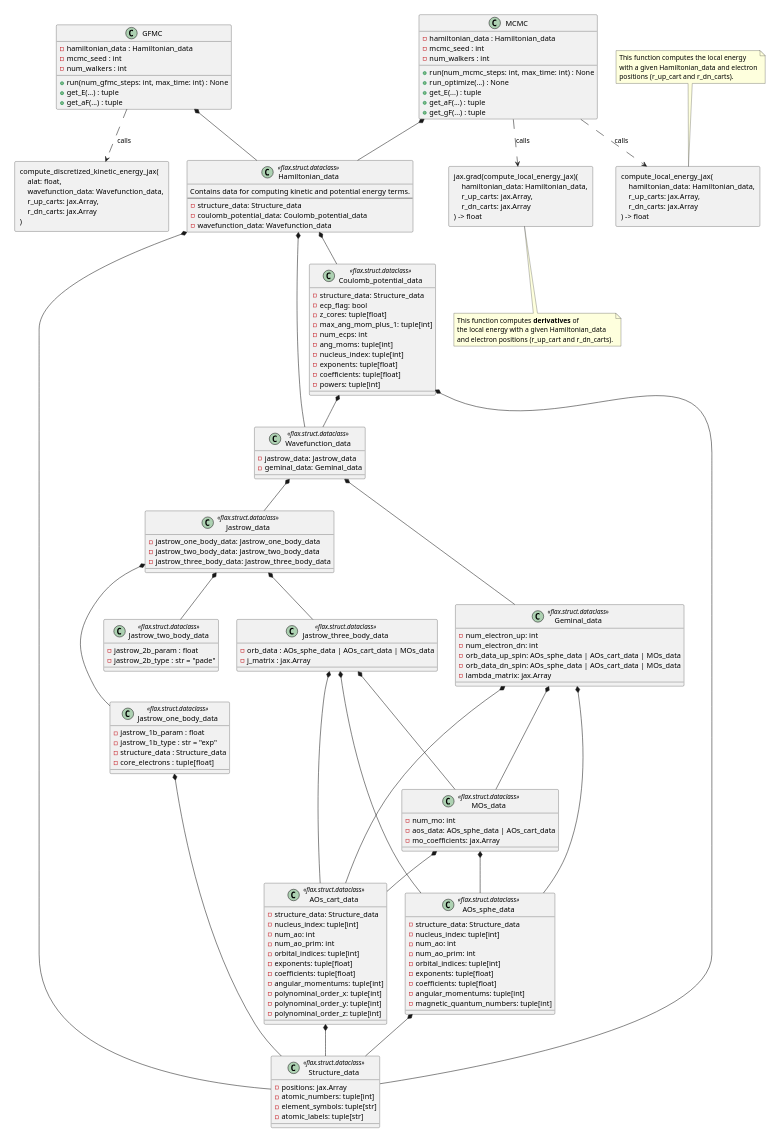
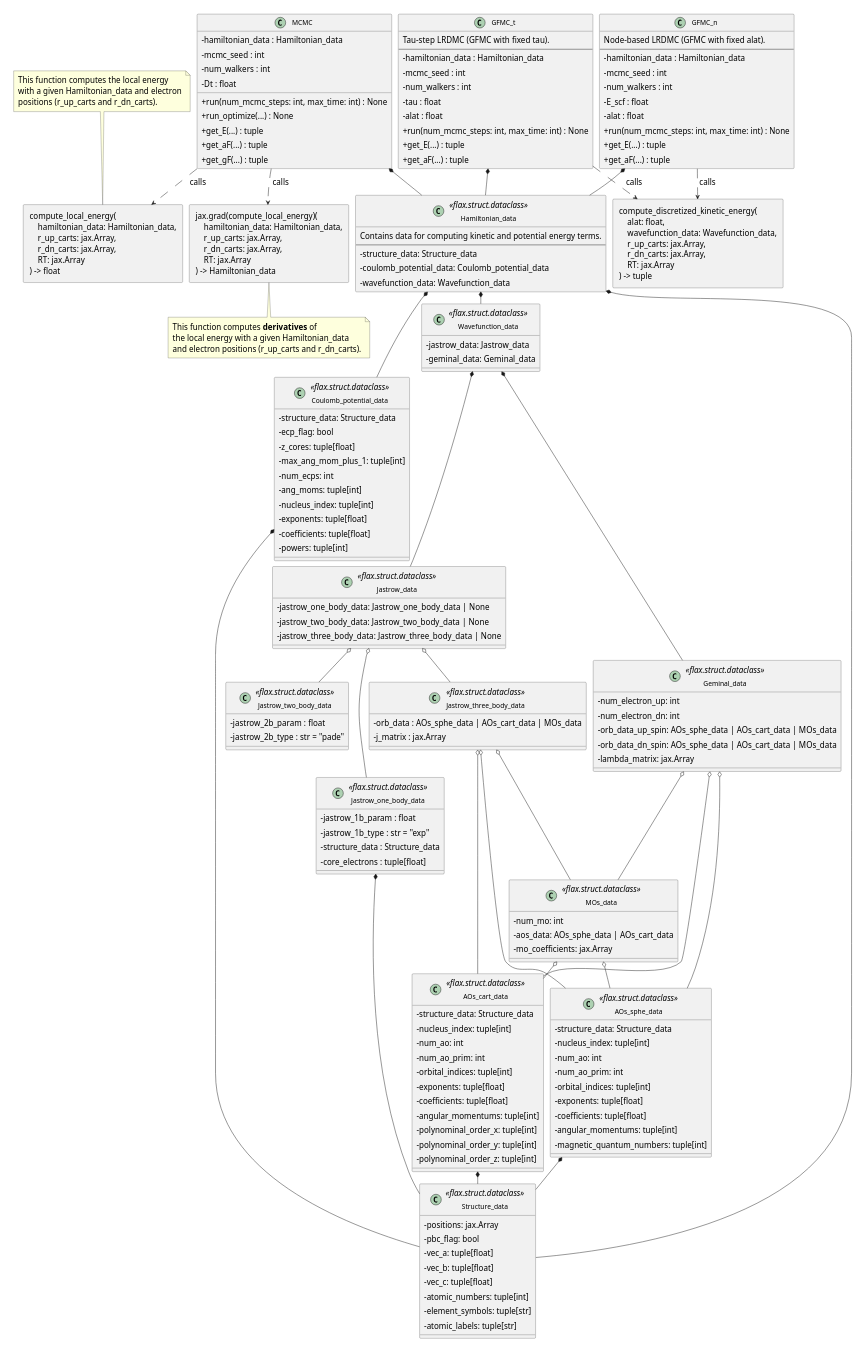
One commit to kousuke-nakano/jQMC changed the diagram in doc/UML.pu. Above: the diagram before and after it, drawn with PlantUML. The commit also changed 1 other file, not shown here.

```diff
--- a/doc/UML.pu
+++ b/doc/UML.pu
@@ -1,9 +1,18 @@
 @startuml uml
 ' size
-scale 595*842
+scale 1200*1000
 
 ' PlantUML configuration
 allowmixing
+top to bottom direction
+
+' Compact layout
+skinparam nodesep 15
+skinparam ranksep 25
+skinparam padding 4
+skinparam classAttributeIconSize 0
+skinparam defaultFontSize 18
+skinparam classFontSize 15
 
 ' Command + Shift + P to toggle the PlantUML export mode
 ' inkscape uml.svg -o uml.pdf
@@ -22,6 +31,10 @@
 
 class Structure_data <<flax.struct.dataclass>> {
     - positions: jax.Array
+    - pbc_flag: bool
+    - vec_a: tuple[float]
+    - vec_b: tuple[float]
+    - vec_c: tuple[float]
     - atomic_numbers: tuple[int]
     - element_symbols: tuple[str]
     - atomic_labels: tuple[str]
@@ -81,9 +94,9 @@
 }
 
 class Jastrow_data <<flax.struct.dataclass>> {
-    - jastrow_one_body_data: Jastrow_one_body_data
-    - jastrow_two_body_data: Jastrow_two_body_data
-    - jastrow_three_body_data: Jastrow_three_body_data
+    - jastrow_one_body_data: Jastrow_one_body_data | None
+    - jastrow_two_body_data: Jastrow_two_body_data | None
+    - jastrow_three_body_data: Jastrow_three_body_data | None
 }
 
 class Wavefunction_data <<flax.struct.dataclass>> {
@@ -112,6 +125,7 @@
     - hamiltonian_data : Hamiltonian_data
     - mcmc_seed : int
     - num_walkers : int
+    - Dt : float
     + run(num_mcmc_steps: int, max_time: int) : None
     + run_optimize(...) : None
     + get_E(...) : tuple
@@ -119,70 +133,101 @@
     + get_gF(...) : tuple
 }
 
-class GFMC {
+class GFMC_t {
+    Tau-step LRDMC (GFMC with fixed tau).
+    --
     - hamiltonian_data : Hamiltonian_data
     - mcmc_seed : int
     - num_walkers : int
-    + run(num_gfmc_steps: int, max_time: int) : None
+    - tau : float
+    - alat : float
+    + run(num_mcmc_steps: int, max_time: int) : None
+    + get_E(...) : tuple
+    + get_aF(...) : tuple
+}
+
+class GFMC_n {
+    Node-based LRDMC (GFMC with fixed alat).
+    --
+    - hamiltonian_data : Hamiltonian_data
+    - mcmc_seed : int
+    - num_walkers : int
+    - E_scf : float
+    - alat : float
+    + run(num_mcmc_steps: int, max_time: int) : None
     + get_E(...) : tuple
     + get_aF(...) : tuple
 }
 
 ' Functions
-rectangle "compute_local_energy_jax(\n    hamiltonian_data: Hamiltonian_data,\n    r_up_carts: jax.Array,\n    r_dn_carts: jax.Array\n) -> float" as compute_local_energy_jax
-rectangle "jax.grad(compute_local_energy_jax)(\n    hamiltonian_data: Hamiltonian_data,\n    r_up_carts: jax.Array,\n    r_dn_carts: jax.Array\n) -> float" as grad_compute_local_energy_jax
-rectangle "compute_discretized_kinetic_energy_jax(\n    alat: float,\n    wavefunction_data: Wavefunction_data,\n    r_up_carts: jax.Array,\n    r_dn_carts: jax.Array\n)" as compute_discretized_kinetic_energy_jax
-' rectangle "compute_ecp_non_local_parts_jax(\n coulomb_potential_data: Coulomb_potential_data,\n    wavefunction_data: Wavefunction_data,\n    r_up_carts: jax.Array,\n    r_dn_carts: jax.Array\n)" as compute_ecp_non_local_parts_jax
+rectangle "compute_local_energy(\n    hamiltonian_data: Hamiltonian_data,\n    r_up_carts: jax.Array,\n    r_dn_carts: jax.Array,\n    RT: jax.Array\n) -> float" as compute_local_energy
+rectangle "jax.grad(compute_local_energy)(\n    hamiltonian_data: Hamiltonian_data,\n    r_up_carts: jax.Array,\n    r_dn_carts: jax.Array,\n    RT: jax.Array\n) -> Hamiltonian_data" as grad_compute_local_energy
+rectangle "compute_discretized_kinetic_energy(\n    alat: float,\n    wavefunction_data: Wavefunction_data,\n    r_up_carts: jax.Array,\n    r_dn_carts: jax.Array,\n    RT: jax.Array\n) -> tuple" as compute_discretized_kinetic_energy
 
-' Dependency relationships
-note top of compute_local_energy_jax
+' Notes on functions
+note top of compute_local_energy
 This function computes the local energy
 with a given Hamiltonian_data and electron
-positions (r_up_cart and r_dn_carts).
+positions (r_up_carts and r_dn_carts).
 end note
 
-note bottom of grad_compute_local_energy_jax
+note bottom of grad_compute_local_energy
 This function computes **derivatives** of
 the local energy with a given Hamiltonian_data
-and electron positions (r_up_cart and r_dn_carts).
+and electron positions (r_up_carts and r_dn_carts).
 end note
 
 ' ===============================
-' Class relationships (composition/aggregation)
+' Class relationships
+'
+' *-- : composition  (filled diamond)
+'       child cannot exist independently; lifecycle tied to parent.
+' o-- : aggregation  (hollow diamond)
+'       child can exist independently; used for optional (| None)
+'       fields and union-type alternatives.
+' ..> : dependency   (dashed arrow)
+'       one element uses / calls another.
 ' ===============================
 
 MCMC *-- Hamiltonian_data
-GFMC *-- Hamiltonian_data
-MCMC ..> compute_local_energy_jax: calls
-MCMC ..> grad_compute_local_energy_jax: calls
-GFMC ..> compute_discretized_kinetic_energy_jax: calls
-' GFMC ..> compute_ecp_non_local_parts_jax: calls
+GFMC_t *-- Hamiltonian_data
+GFMC_n *-- Hamiltonian_data
+MCMC ..> compute_local_energy: calls
+MCMC ..> grad_compute_local_energy: calls
+GFMC_t ..> compute_discretized_kinetic_energy: calls
+GFMC_n ..> compute_discretized_kinetic_energy: calls
+
 Jastrow_one_body_data *-- Structure_data
-Jastrow_three_body_data *-- AOs_sphe_data
-Jastrow_three_body_data *-- AOs_cart_data
-Jastrow_three_body_data *-- MOs_data
+
+' Union-type alternatives: orb_data field holds exactly one of these
+Jastrow_three_body_data o-- AOs_sphe_data
+Jastrow_three_body_data o-- AOs_cart_data
+Jastrow_three_body_data o-- MOs_data
 
 Hamiltonian_data *-- Structure_data
 Hamiltonian_data *-- Coulomb_potential_data
 Hamiltonian_data *-- Wavefunction_data
 
 Coulomb_potential_data *-- Structure_data
-Coulomb_potential_data *-- Wavefunction_data
 
 AOs_cart_data *-- Structure_data
 AOs_sphe_data *-- Structure_data
-MOs_data *-- AOs_cart_data
-MOs_data *-- AOs_sphe_data
 
-Geminal_data *-- AOs_cart_data
-Geminal_data *-- AOs_sphe_data
-Geminal_data *-- MOs_data
+' Union-type alternatives: aos_data holds exactly one of these
+MOs_data o-- AOs_cart_data
+MOs_data o-- AOs_sphe_data
+
+' Union-type alternatives: orb_data_up/dn_spin holds exactly one of these
+Geminal_data o-- AOs_cart_data
+Geminal_data o-- AOs_sphe_data
+Geminal_data o-- MOs_data
 
 Wavefunction_data *-- Jastrow_data
 Wavefunction_data *-- Geminal_data
 
-Jastrow_data *-- Jastrow_one_body_data
-Jastrow_data *-- Jastrow_two_body_data
-Jastrow_data *-- Jastrow_three_body_data
+' Optional fields (| None) -> aggregation
+Jastrow_data o-- Jastrow_one_body_data
+Jastrow_data o-- Jastrow_two_body_data
+Jastrow_data o-- Jastrow_three_body_data
 
 @enduml
```
